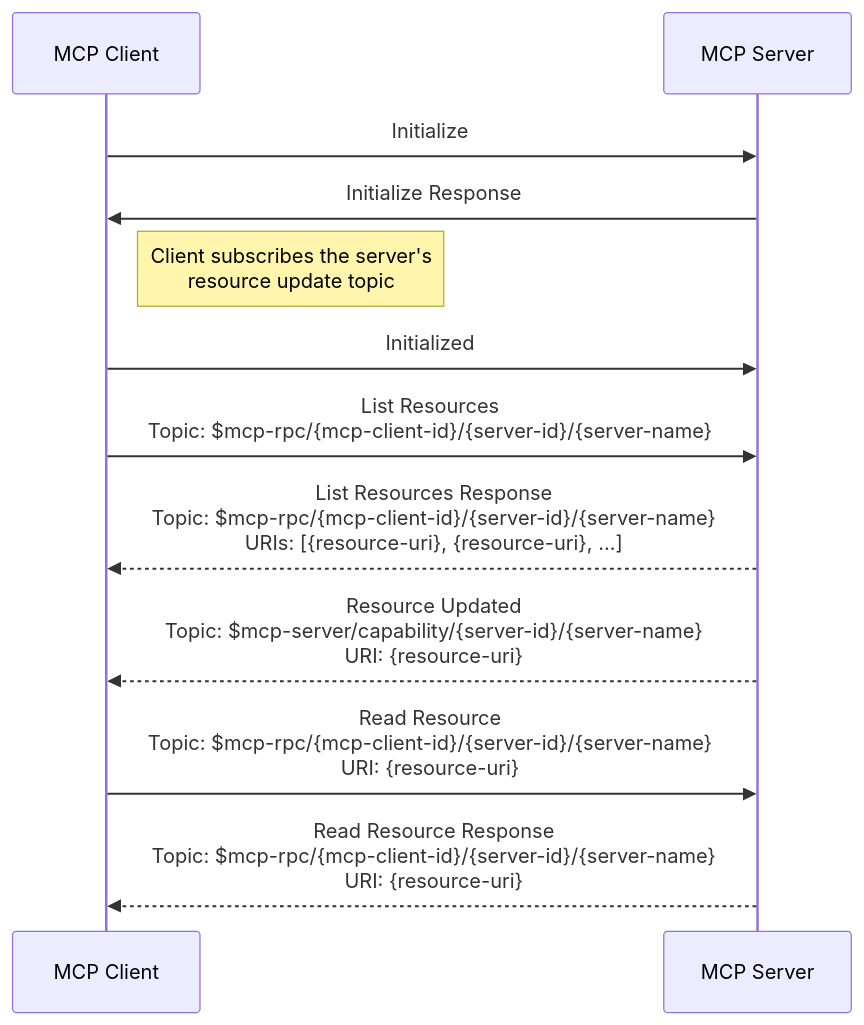
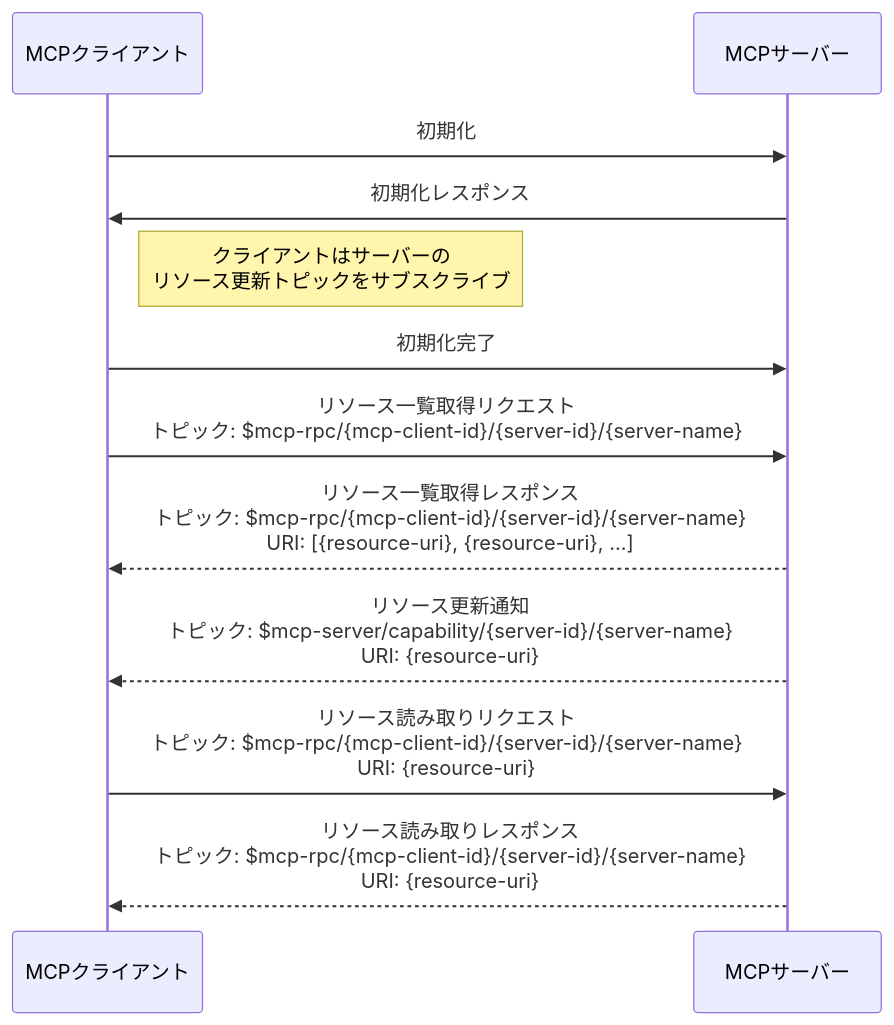
One commit to emqx/emqx-docs changed the fourth of 4 diagrams in ja_JP/emqx-ai/mcp-over-mqtt/specification.md. Above: the diagram before and after it, drawn with Mermaid. The commit also changed other lines of this file and 385 other files, not shown here.

````diff
--- a/ja_JP/emqx-ai/mcp-over-mqtt/specification.md
+++ b/ja_JP/emqx-ai/mcp-over-mqtt/specification.md
@@ -363,21 +360,20 @@
 ```mermaid
+sequenceDiagram
+    participant MCP_Client as MCPクライアント
+    participant MCP_Server as MCPサーバー
 
-sequenceDiagram
-    participant MCP_Client as MCP Client
-    participant MCP_Server as MCP Server
+    MCP_Client ->> MCP_Server: 初期化
+    MCP_Server ->> MCP_Client: 初期化レスポンス
+    Note right of MCP_Client: クライアントはサーバーの<br/>リソース更新トピックをサブスクライブ
+    MCP_Client ->> MCP_Server: 初期化完了
 
-    MCP_Client ->> MCP_Server: Initialize
-    MCP_Server ->> MCP_Client: Initialize Response
-    Note right of MCP_Client: Client subscribes the server's<br/>resource update topic
-    MCP_Client ->> MCP_Server: Initialized
+    MCP_Client ->> MCP_Server: リソース一覧取得リクエスト<br/>トピック: $mcp-rpc/{mcp-client-id}/{server-id}/{server-name}
 
-    MCP_Client ->> MCP_Server: List Resources<br/>Topic: $mcp-rpc/{mcp-client-id}/{server-id}/{server-name}
+    MCP_Server -->> MCP_Client: リソース一覧取得レスポンス<br/>トピック: $mcp-rpc/{mcp-client-id}/{server-id}/{server-name}<br/>URI: [{resource-uri}, {resource-uri}, ...]
 
-    MCP_Server -->> MCP_Client: List Resources Response<br/>Topic: $mcp-rpc/{mcp-client-id}/{server-id}/{server-name}<br/>URIs: [{resource-uri}, {resource-uri}, ...]
+    MCP_Server -->> MCP_Client: リソース更新通知<br/>トピック: $mcp-server/capability/{server-id}/{server-name}<br/>URI: {resource-uri}
 
-    MCP_Server -->> MCP_Client: Resource Updated<br/>Topic: $mcp-server/capability/{server-id}/{server-name}<br/>URI: {resource-uri}
+    MCP_Client ->> MCP_Server: リソース読み取りリクエスト<br/>トピック: $mcp-rpc/{mcp-client-id}/{server-id}/{server-name}<br/>URI: {resource-uri}
 
-    MCP_Client ->> MCP_Server: Read Resource<br/>Topic: $mcp-rpc/{mcp-client-id}/{server-id}/{server-name}<br/>URI: {resource-uri}
-
-    MCP_Server -->> MCP_Client: Read Resource Response<br/>Topic: $mcp-rpc/{mcp-client-id}/{server-id}/{server-name}<br/>URI: {resource-uri}
+    MCP_Server -->> MCP_Client: リソース読み取りレスポンス<br/>トピック: $mcp-rpc/{mcp-client-id}/{server-id}/{server-name}<br/>URI: {resource-uri}
 ```
````
